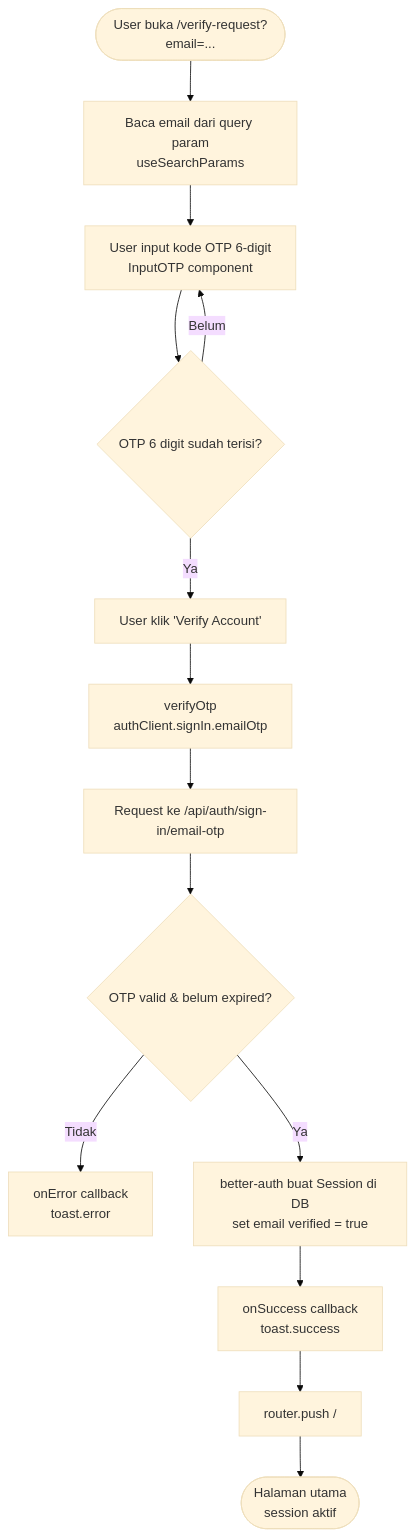
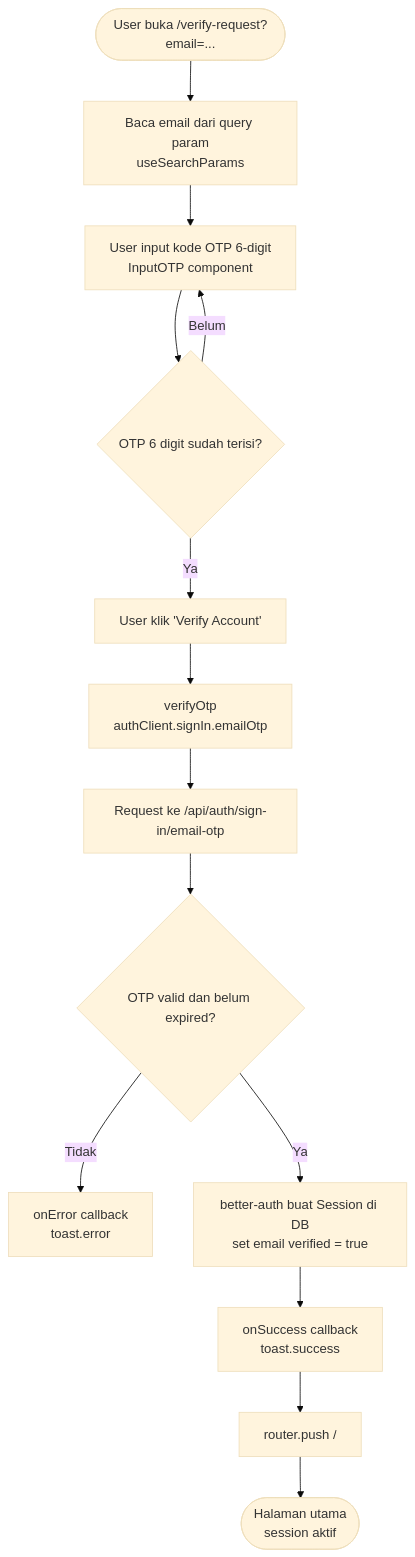
One commit to Doctor3131/learn-next-lms-1 changed the second of 2 diagrams in dokumentasi/authentikasi-email.md. Above: the diagram before and after it, drawn with Mermaid (base theme). The commit also changed other lines of this file and 8 other files, not shown here.

````diff
--- a/dokumentasi/authentikasi-email.md
+++ b/dokumentasi/authentikasi-email.md
@@ -62,16 +62,16 @@
 ```mermaid
 flowchart TD
-    A([User buka /verify-request?email=...]) --> B[Baca email dari query param\nuseSearchParams]
-    B --> C[User input kode OTP 6-digit\nInputOTP component]
-    C --> D{OTP 6 digit sudah terisi?}
+    A(["User buka /verify-request?email=..."]) --> B["Baca email dari query param\nuseSearchParams"]
+    B --> C["User input kode OTP 6-digit\nInputOTP component"]
+    C --> D{"OTP 6 digit sudah terisi?"}
     D -- Belum --> C
-    D -- Ya --> E[User klik 'Verify Account']
-    E --> F[verifyOtp\nauthClient.signIn.emailOtp]
+    D -- Ya --> E["User klik 'Verify Account'"]
+    E --> F["verifyOtp\nauthClient.signIn.emailOtp"]
     F --> G[Request ke /api/auth/sign-in/email-otp]
-    G --> H{OTP valid & belum expired?}
-    H -- Tidak --> I[onError callback\ntoast.error]
-    H -- Ya --> J[better-auth buat Session di DB\nset email verified = true]
-    J --> K[onSuccess callback\ntoast.success]
+    G --> H{"OTP valid dan belum expired?"}
+    H -- Tidak --> I["onError callback\ntoast.error"]
+    H -- Ya --> J["better-auth buat Session di DB\nset email verified = true"]
+    J --> K["onSuccess callback\ntoast.success"]
     K --> L[router.push /]
-    L --> M([Halaman utama\nsession aktif])
+    L --> M(["Halaman utama\nsession aktif"])
 ```
````
